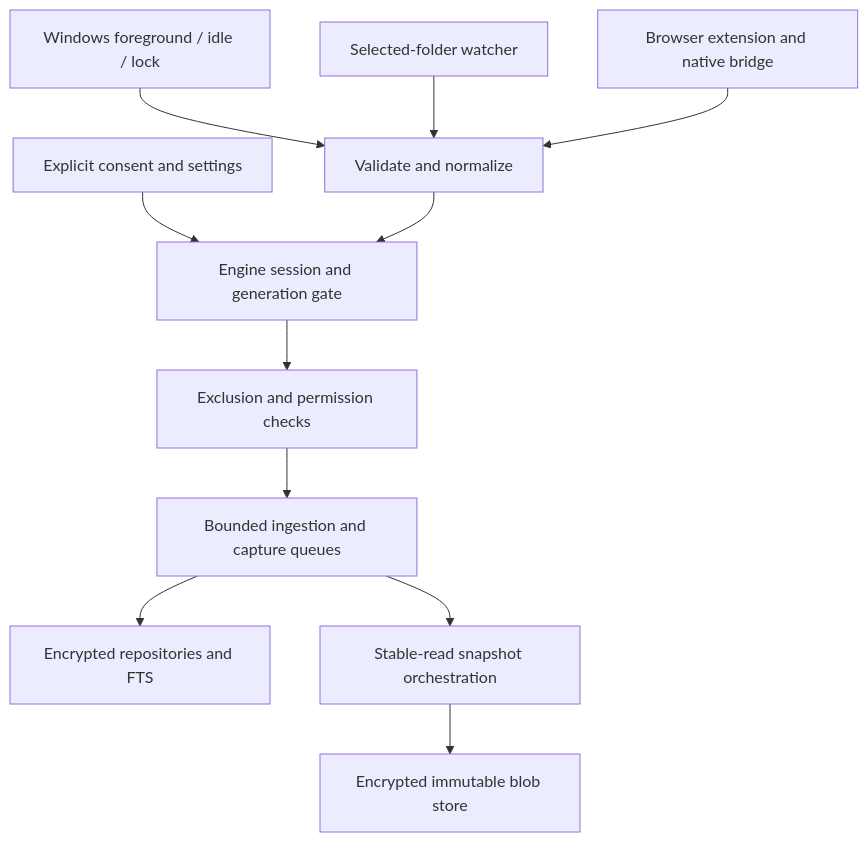
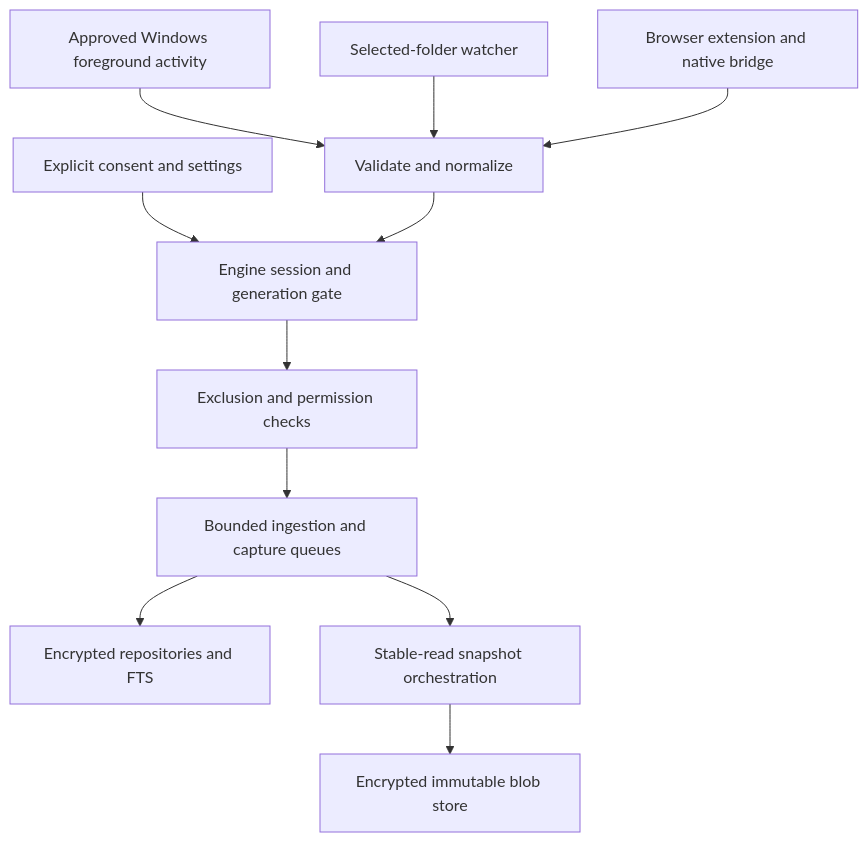
One commit to abdu3061/Rewind changed the third of 3 diagrams in docs/architecture.md. Above: the diagram before and after it, drawn with Mermaid. The commit also changed other lines of this file and 45 other files, not shown here.

Commit message:
feat(browser): integrate desktop setup and verified recording flows

````diff
--- a/docs/architecture.md
+++ b/docs/architecture.md
@@ -75,13 +78,13 @@
 ```mermaid
 flowchart TD
   U[Explicit consent and settings] --> G[Engine session and generation gate]
-  W[Windows foreground / idle / lock] --> N[Validate and normalize]
+  W[Approved Windows foreground activity] --> N[Validate and normalize]
   F[Selected-folder watcher] --> N
   B[Browser extension and native bridge] --> N
   N --> G
   G --> X[Exclusion and permission checks]
   X --> Q[Bounded ingestion and capture queues]
   Q --> D[Encrypted repositories and FTS]
   Q --> V[Stable-read snapshot orchestration]
   V --> O[Encrypted immutable blob store]
 ```
````
